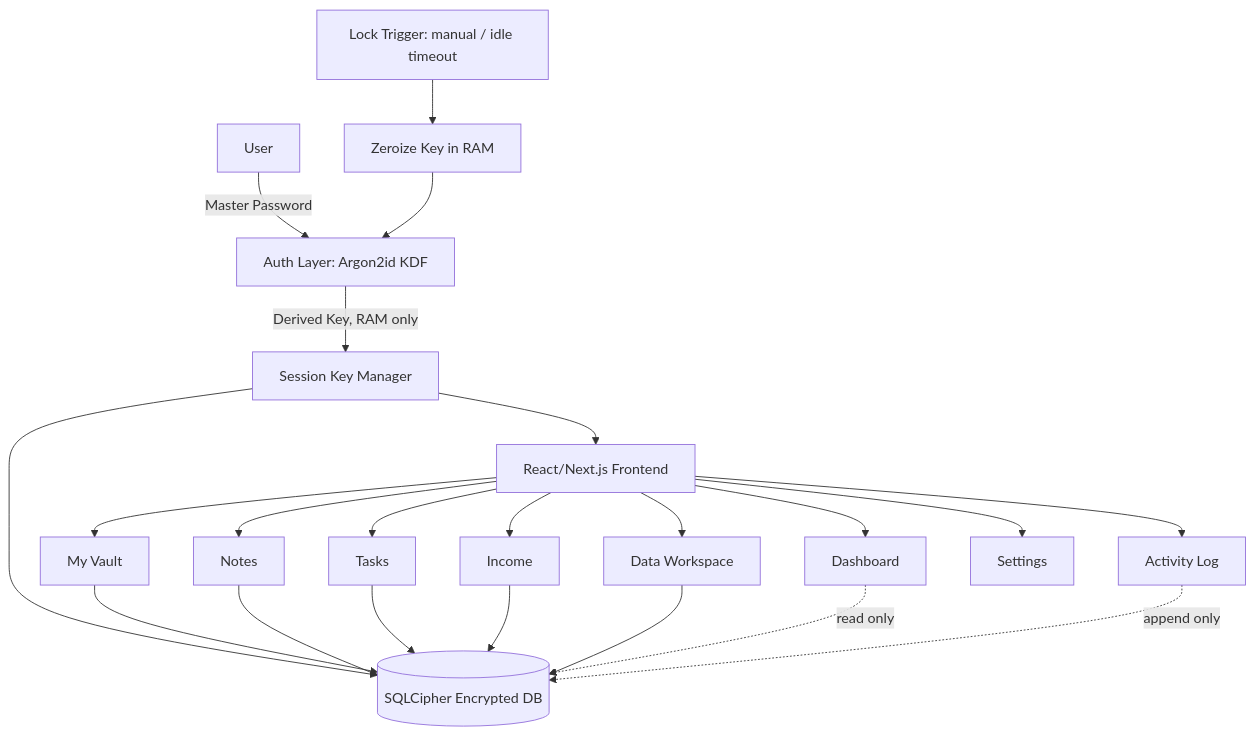
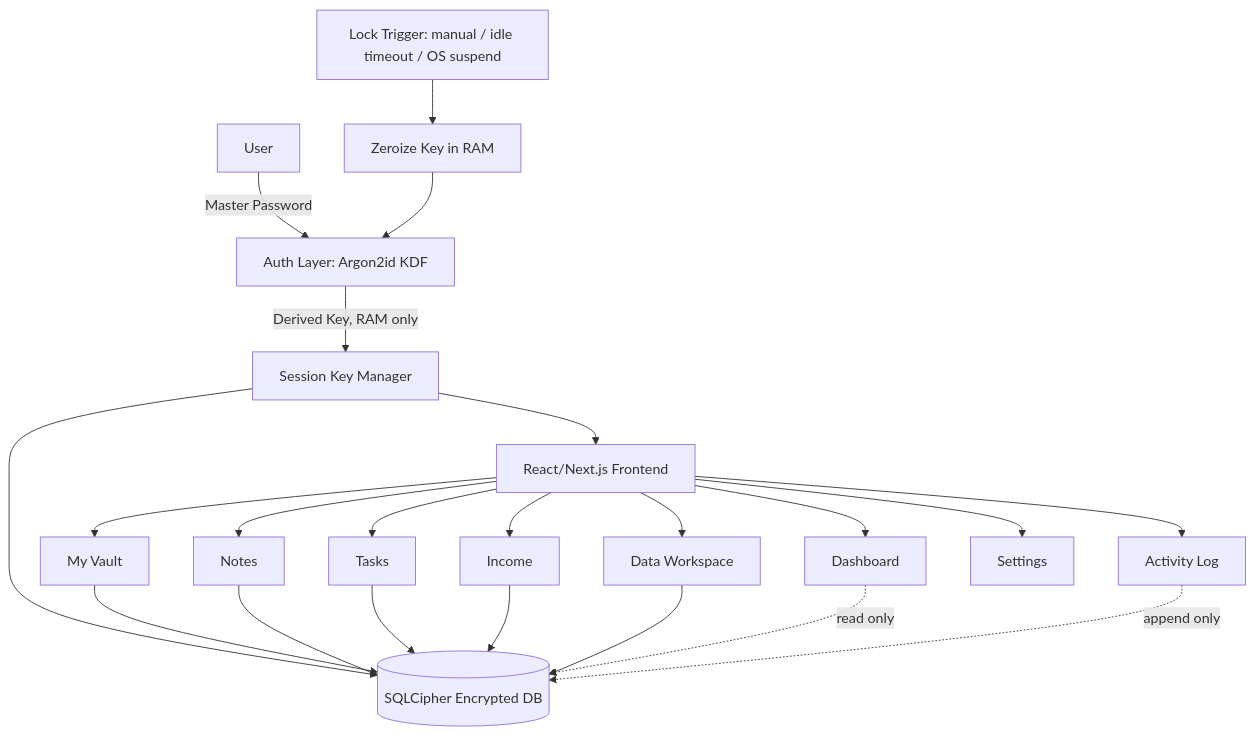
One commit to vardzz/secret.app changed the diagram in PLAN.md. Above: the diagram before and after it, drawn with Mermaid. The commit also changed other lines of this file, not shown here.

Commit message:
docs: expand project plan with security threat model, updated architecture, and system boundary definitions

````diff
--- a/PLAN.md
+++ b/PLAN.md
@@ -41,27 +77,27 @@
 ```mermaid
 flowchart TD
     U[User] -->|Master Password| AUTH[Auth Layer: Argon2id KDF]
     AUTH -->|Derived Key, RAM only| SESSION[Session Key Manager]
     SESSION --> DB[(SQLCipher Encrypted DB)]
     SESSION --> UI[React/Next.js Frontend]
 
     UI --> M1[My Vault]
     UI --> M2[Notes]
     UI --> M3[Tasks]
     UI --> M4[Income]
     UI --> M5[Data Workspace]
     UI --> M6[Dashboard]
     UI --> M7[Activity Log]
     UI --> M8[Settings]
 
     M1 --> DB
     M2 --> DB
     M3 --> DB
     M4 --> DB
     M5 --> DB
     M6 -.read only.-> DB
     M7 -.append only.-> DB
 
-    LOCK[Lock Trigger: manual / idle timeout] --> WIPE[Zeroize Key in RAM]
+    LOCK[Lock Trigger: manual / idle timeout / OS suspend] --> WIPE[Zeroize Key in RAM]
     WIPE --> AUTH
 ```
````
